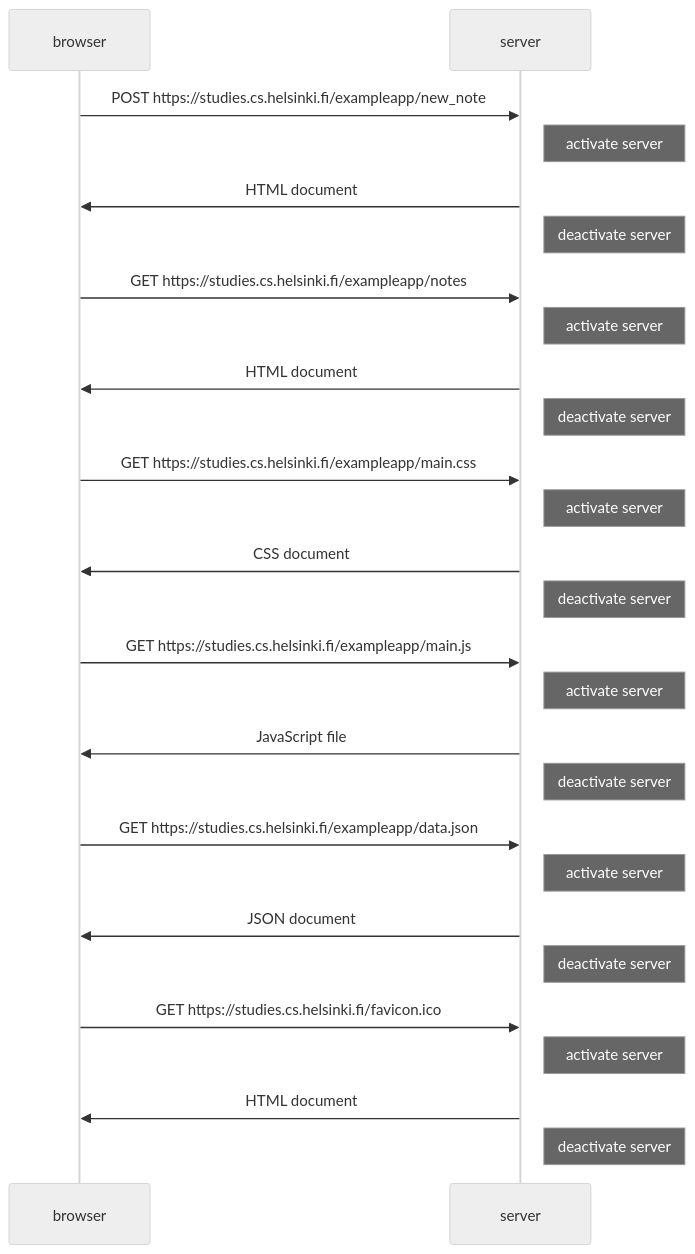
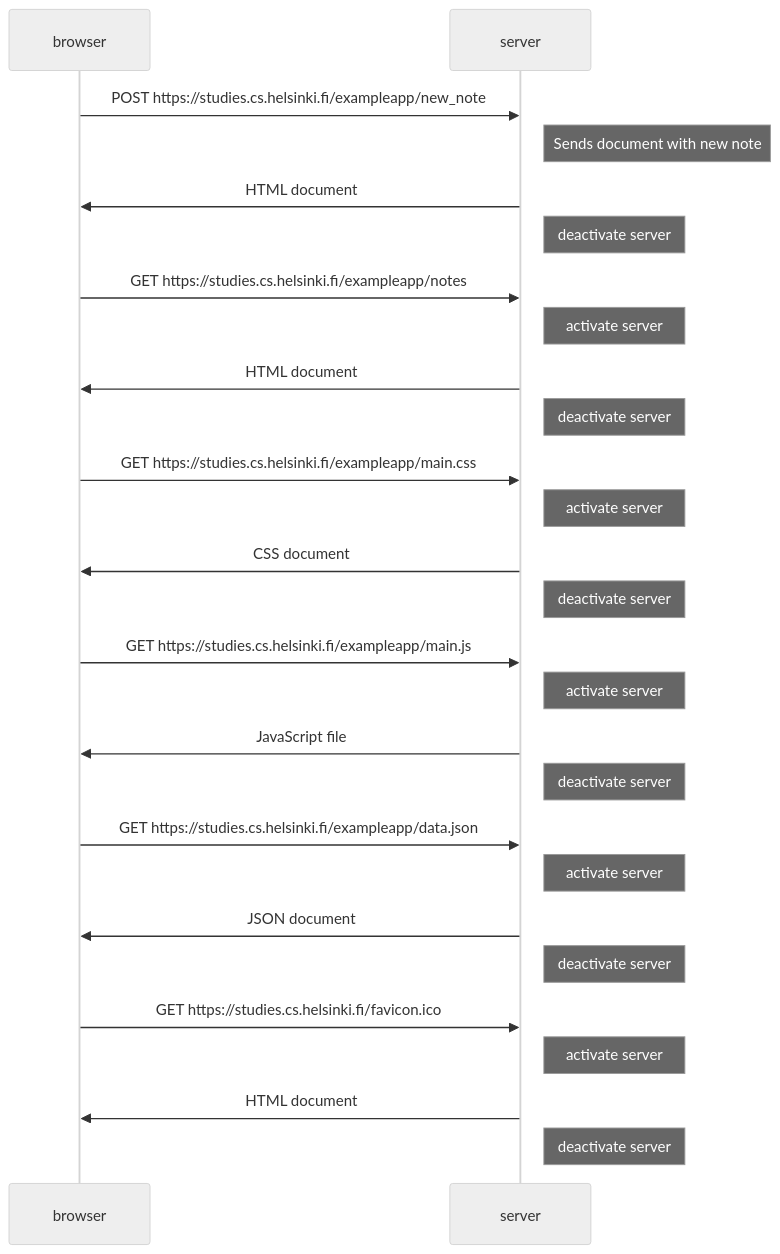
Before and after one commit to Nabil-Islam/FullStackOpen: the first of 3 diagrams in part0.md, drawn with Mermaid (neutral theme). The commit also changed other lines of this file, not shown here.

````diff
--- a/part0.md
+++ b/part0.md
@@ -4,29 +4,29 @@
 ```mermaid
 sequenceDiagram
     participant browser 
     participant server
     browser->>server: POST https://studies.cs.helsinki.fi/exampleapp/new_note
-    Note right of server: activate server 
+    Note right of server: Sends document with new note
     server->>browser: HTML document 
     Note right of server: deactivate server
     browser->>server: GET https://studies.cs.helsinki.fi/exampleapp/notes
     Note right of server: activate server
     server->>browser: HTML document 
     Note right of server: deactivate server
     browser->>server: GET https://studies.cs.helsinki.fi/exampleapp/main.css
     Note right of server: activate server
     server->>browser: CSS document 
     Note right of server: deactivate server
     browser->>server: GET https://studies.cs.helsinki.fi/exampleapp/main.js
     Note right of server: activate server
     server->>browser: JavaScript file 
     Note right of server: deactivate server
     browser->>server: GET https://studies.cs.helsinki.fi/exampleapp/data.json
     Note right of server: activate server
     server->>browser: JSON document 
     Note right of server: deactivate server
     browser->>server: GET https://studies.cs.helsinki.fi/favicon.ico
     Note right of server: activate server
     server->>browser: HTML document 
     Note right of server: deactivate server
 ```
````
